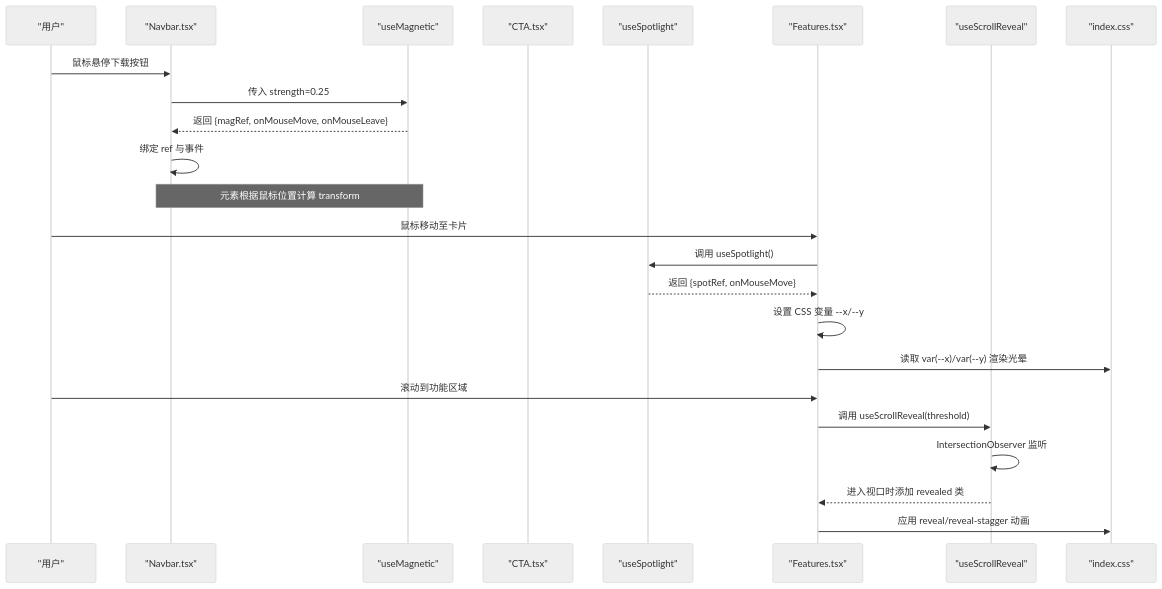
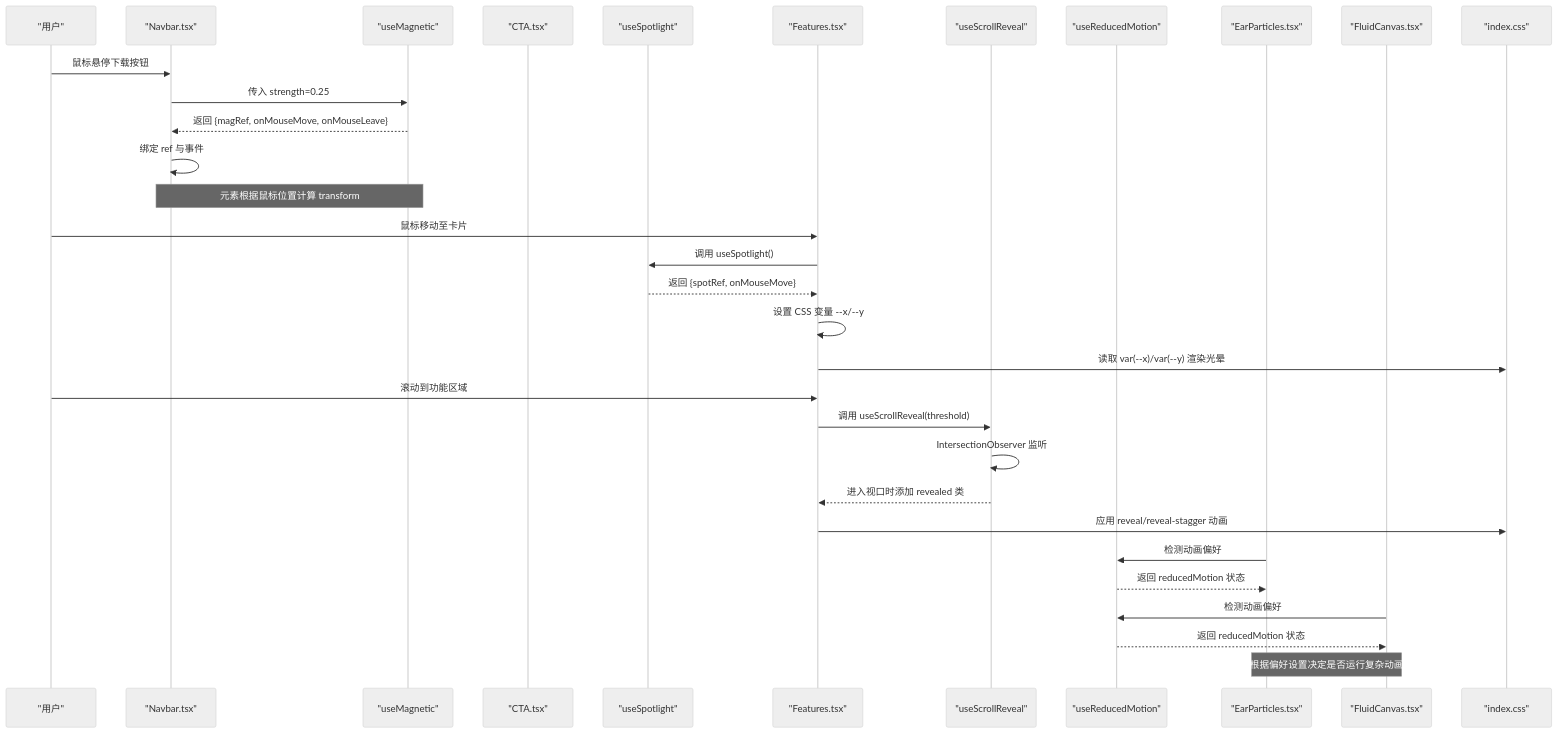
The second of 8 diagrams in .qoder/repowiki/zh/content/自定义Hooks/自定义Hooks.md (Primoguo/naolizhi.cn), drawn with Mermaid (neutral theme) before and after one commit. The commit also changed other lines of this file and 73 other files, not shown here.

````diff
--- a/.qoder/repowiki/zh/content/自定义Hooks/自定义Hooks.md
+++ b/.qoder/repowiki/zh/content/自定义Hooks/自定义Hooks.md
@@ -99,26 +104,34 @@
 ```mermaid
 sequenceDiagram
 participant U as "用户"
 participant N as "Navbar.tsx"
 participant M as "useMagnetic"
 participant CTA as "CTA.tsx"
 participant S as "useSpotlight"
 participant F as "Features.tsx"
 participant R as "useScrollReveal"
+participant RM as "useReducedMotion"
+participant EP as "EarParticles.tsx"
+participant FC as "FluidCanvas.tsx"
 participant CSS as "index.css"
 U->>N : 鼠标悬停下载按钮
 N->>M : 传入 strength=0.25
 M-->>N : 返回 {magRef, onMouseMove, onMouseLeave}
 N->>N : 绑定 ref 与事件
 Note over N,M : 元素根据鼠标位置计算 transform
 U->>F : 鼠标移动至卡片
 F->>S : 调用 useSpotlight()
 S-->>F : 返回 {spotRef, onMouseMove}
 F->>F : 设置 CSS 变量 --x/--y
 F->>CSS : 读取 var(--x)/var(--y) 渲染光晕
 U->>F : 滚动到功能区域
 F->>R : 调用 useScrollReveal(threshold)
 R->>R : IntersectionObserver 监听
 R-->>F : 进入视口时添加 revealed 类
 F->>CSS : 应用 reveal/reveal-stagger 动画
+EP->>RM : 检测动画偏好
+RM-->>EP : 返回 reducedMotion 状态
+FC->>RM : 检测动画偏好
+RM-->>FC : 返回 reducedMotion 状态
+Note over EP,FC : 根据偏好设置决定是否运行复杂动画
 ```
````
